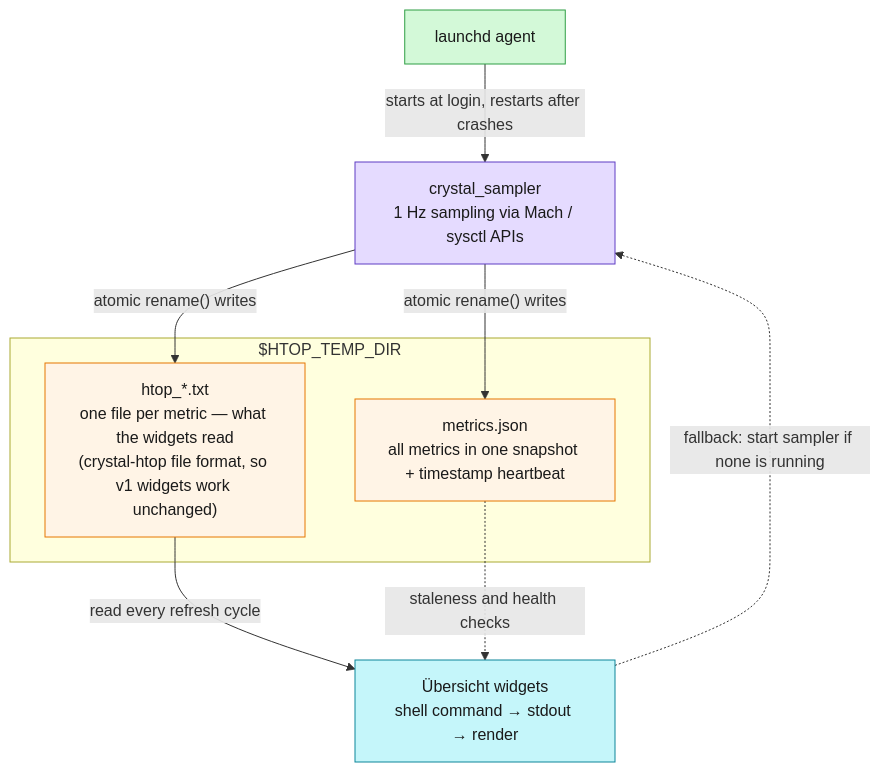
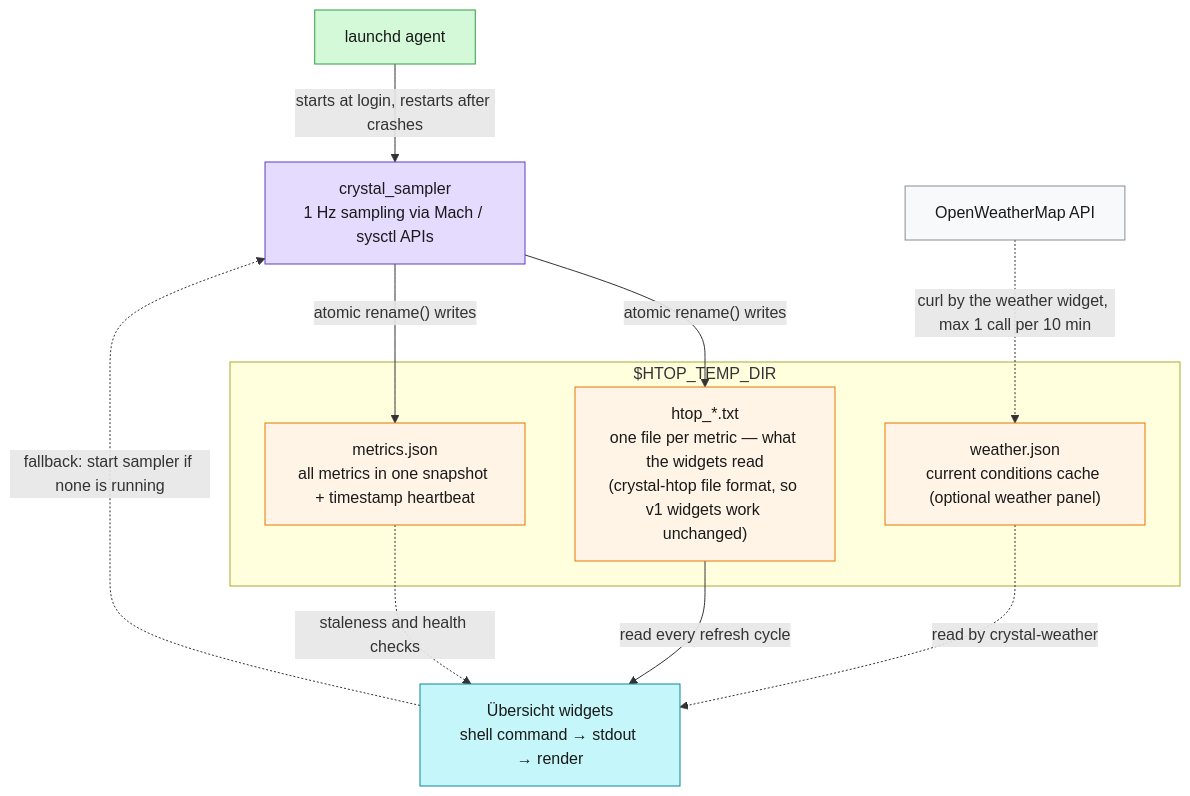
One commit to locupleto/crystal-widgets-v2 changed the diagram in README.md. Above: the diagram before and after it, drawn with Mermaid. The commit also changed other lines of this file and 77 other files, not shown here.

First line of the commit message:
Add optional crystal-weather panel: OpenWeatherMap conditions with three switchable icon sets

````diff
--- a/README.md
+++ b/README.md
@@ -28,19 +28,24 @@
 ```mermaid
 graph TB
     launchd["launchd agent"] -->|"starts at login, restarts after crashes"| sampler["crystal_sampler<br/>1 Hz sampling via Mach / sysctl APIs"]
     sampler -->|"atomic rename() writes"| txt
     sampler -->|"atomic rename() writes"| json
     subgraph dir["$HTOP_TEMP_DIR"]
         txt["htop_*.txt<br/>one file per metric — what the widgets read<br/>(crystal-htop file format, so v1 widgets work unchanged)"]
         json["metrics.json<br/>all metrics in one snapshot + timestamp heartbeat"]
+        wjson["weather.json<br/>current conditions cache (optional weather panel)"]
     end
+    owm["OpenWeatherMap API"] -.->|"curl by the weather widget, max 1 call per 10 min"| wjson
     txt -->|"read every refresh cycle"| widgets["Übersicht widgets<br/>shell command → stdout → render"]
     json -.->|"staleness and health checks"| widgets
+    wjson -.->|"read by crystal-weather"| widgets
     widgets -.->|"fallback: start sampler if none is running"| sampler
 
     style launchd fill:#d3f9d8,stroke:#2f9e44,color:#1a1a1a
     style sampler fill:#e5dbff,stroke:#5f3dc4,color:#1a1a1a
     style txt fill:#fff4e6,stroke:#e67700,color:#1a1a1a
     style json fill:#fff4e6,stroke:#e67700,color:#1a1a1a
+    style wjson fill:#fff4e6,stroke:#e67700,color:#1a1a1a
+    style owm fill:#f8f9fa,stroke:#868e96,color:#1a1a1a
     style widgets fill:#c5f6fa,stroke:#0c8599,color:#1a1a1a
 ```
````
